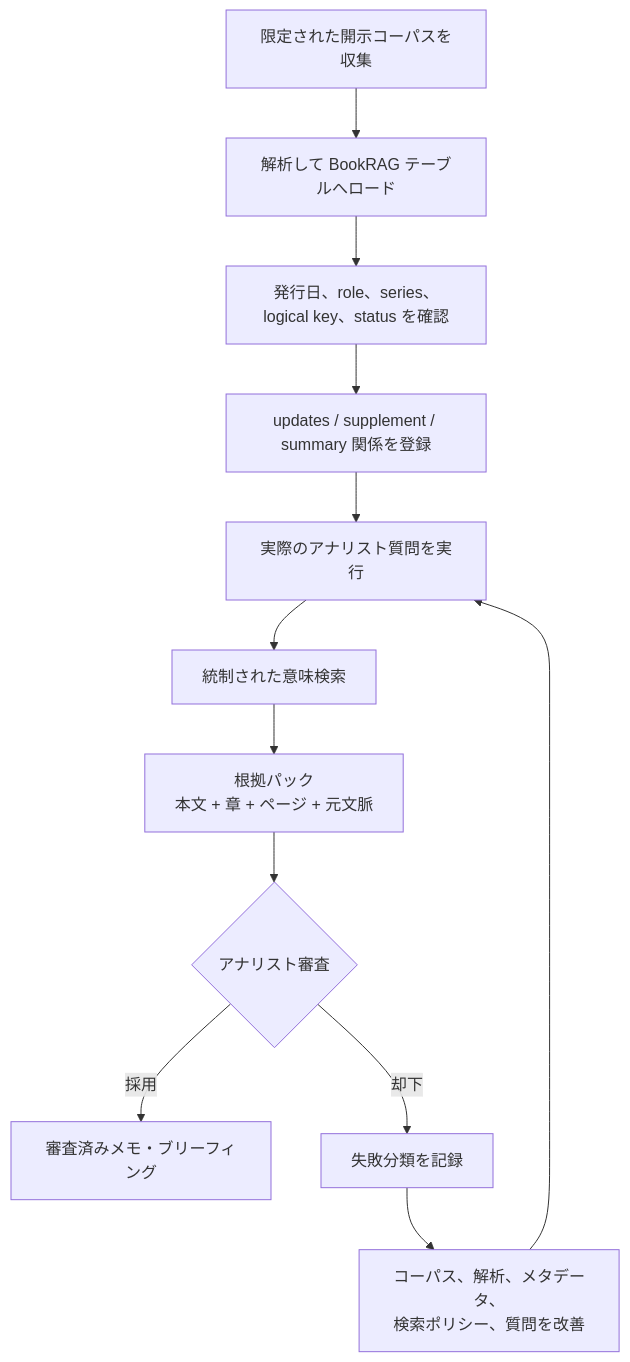
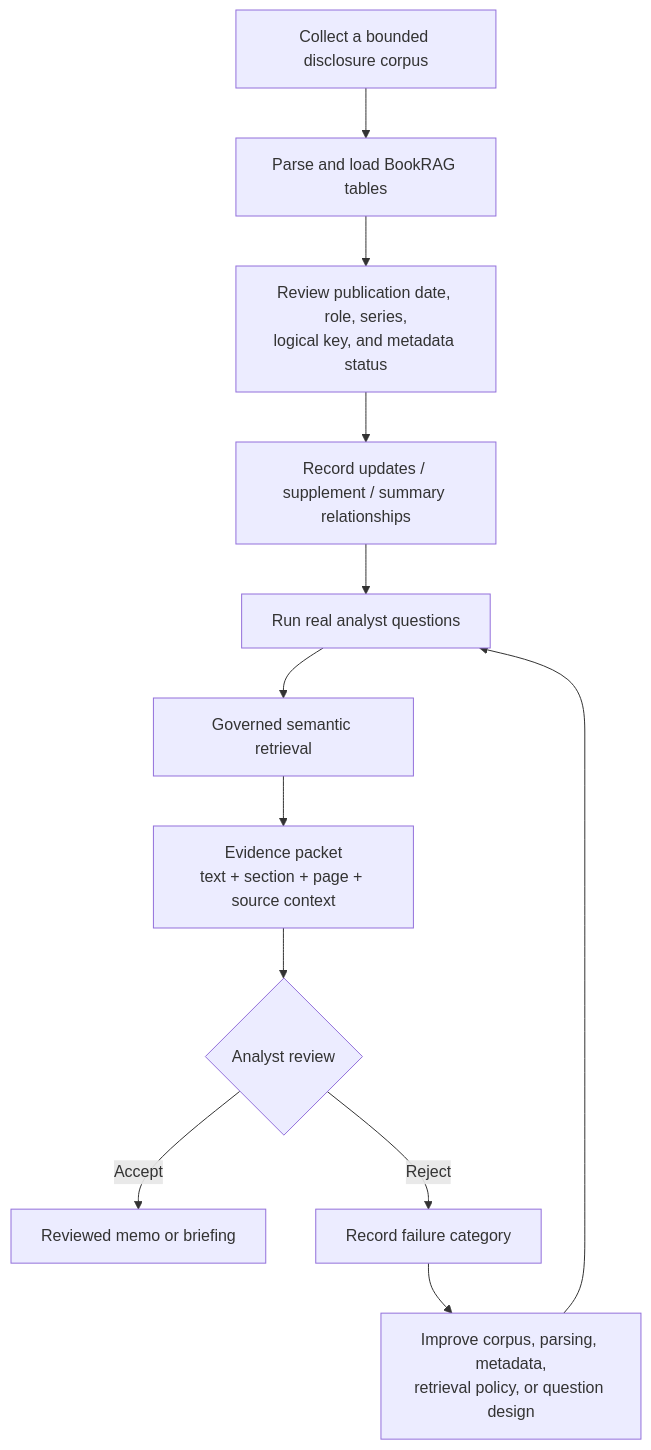
One commit to xuhaibintd/EVSUI changed the second of 2 diagrams in docs/bookrag_industrial_use_cases_ja.md. Above: the diagram before and after it, drawn with Mermaid. The commit also changed other lines of this file and 91 other files, not shown here.

````diff
--- a/docs/bookrag_industrial_use_cases_ja.md
+++ b/docs/bookrag_industrial_use_cases_ja.md
@@ -143,14 +144,14 @@
 ```mermaid
 flowchart TD
-    Corpus["限定された開示コーパスを収集"] --> Ingest["解析して BookRAG テーブルへロード"]
-    Ingest --> Metadata["発行日、role、series、logical key、status を確認"]
-    Metadata --> Relations["updates / supplement / summary 関係を登録"]
-    Relations --> Questions["実際のアナリスト質問を実行"]
-    Questions --> Retrieve["統制された意味検索"]
-    Retrieve --> Packet["根拠パック<br/>本文 + 章 + ページ + 元文脈"]
-    Packet --> Review{"アナリスト審査"}
-    Review -->|採用| Memo["審査済みメモ・ブリーフィング"]
-    Review -->|却下| Failure["失敗分類を記録"]
-    Failure --> Improve["コーパス、解析、メタデータ、<br/>検索ポリシー、質問を改善"]
+    Corpus["Collect a bounded disclosure corpus"] --> Ingest["Parse and load BookRAG tables"]
+    Ingest --> Metadata["Review publication date, role, series,<br/>logical key, and metadata status"]
+    Metadata --> Relations["Record updates / supplement / summary relationships"]
+    Relations --> Questions["Run real analyst questions"]
+    Questions --> Retrieve["Governed semantic retrieval"]
+    Retrieve --> Packet["Evidence packet<br/>text + section + page + source context"]
+    Packet --> Review{"Analyst review"}
+    Review -->|Accept| Memo["Reviewed memo or briefing"]
+    Review -->|Reject| Failure["Record failure category"]
+    Failure --> Improve["Improve corpus, parsing, metadata,<br/>retrieval policy, or question design"]
     Improve --> Questions
 ```
````
